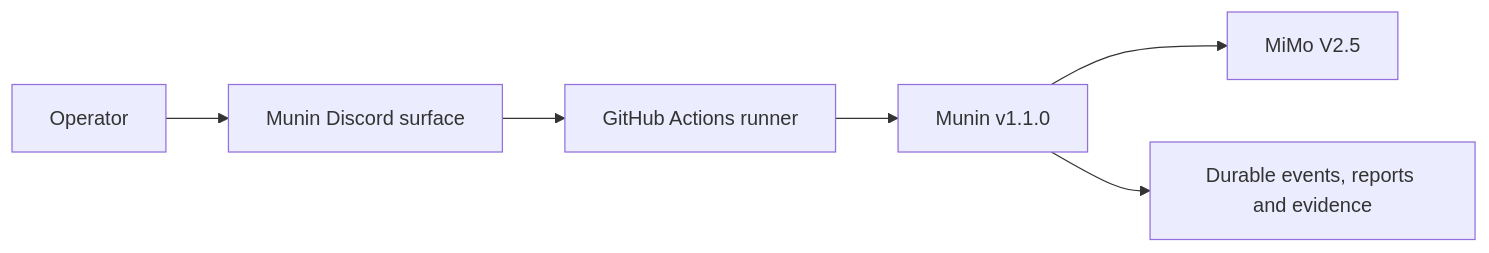
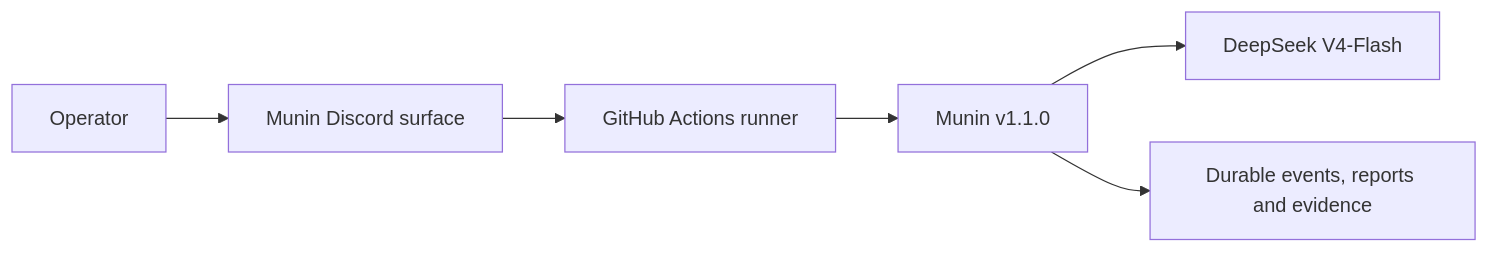
One commit to PrinceOfPwn/Munin changed the first of 9 diagrams in README.md. Above: the diagram before and after it, drawn with Mermaid. The commit also changed other lines of this file and 15 other files, not shown here.

First line of the commit message:
feat(model): switch default runtime model to DeepSeek V4-Flash Free (deepseek-v4-flash-free via OpenCode Zen)

````diff
--- a/README.md
+++ b/README.md
@@ -72,8 +72,8 @@
 ```mermaid
 flowchart LR
     operator["Operator"] --> discord["Munin Discord surface"]
     discord --> actions["GitHub Actions runner"]
     actions --> runtime["Munin v1.1.0"]
-    runtime --> model["MiMo V2.5"]
+    runtime --> model["DeepSeek V4-Flash"]
     runtime --> evidence["Durable events, reports and evidence"]
 ```
````
